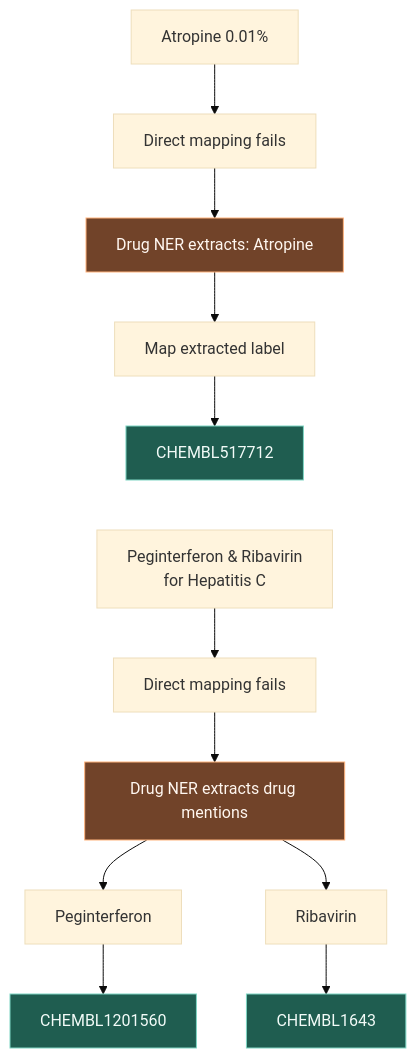
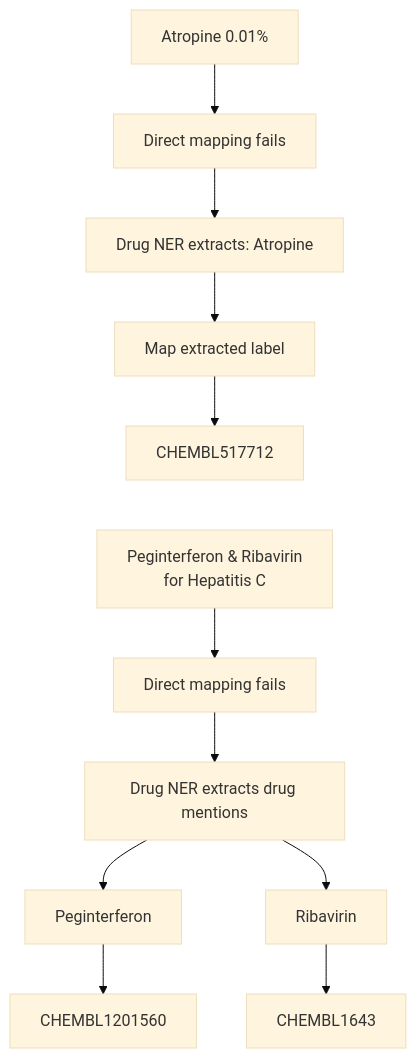
The second of 2 diagrams in docs/entity-mapping.md (opentargets/mira), drawn with Mermaid (base theme) before and after one commit. The commit also changed other lines of this file and 8 other files, not shown here.

````diff
--- a/docs/entity-mapping.md
+++ b/docs/entity-mapping.md
@@ -99,21 +96,16 @@
 ```mermaid
 flowchart TD
     A["Atropine 0.01%"] --> AFAIL["Direct mapping fails"]
     AFAIL --> ANER["Drug NER extracts: Atropine"]
     ANER --> AREMAP["Map extracted label"]
     AREMAP --> AID["CHEMBL517712"]
 
     P["Peginterferon & Ribavirin<br/>for Hepatitis C"] --> PFAIL["Direct mapping fails"]
     PFAIL --> PNER["Drug NER extracts drug mentions"]
     PNER --> PEG["Peginterferon"]
     PNER --> RIB["Ribavirin"]
     PEG --> PEGMAP["CHEMBL1201560"]
     RIB --> RIBMAP["CHEMBL1643"]
     AID ~~~ P
 
-    style ANER fill:#714329,stroke:#ffb37c,color:#fff7f0
-    style PNER fill:#714329,stroke:#ffb37c,color:#fff7f0
-    style AID fill:#1f5d50,stroke:#7ed6c4,color:#f2fbf8
-    style PEGMAP fill:#1f5d50,stroke:#7ed6c4,color:#f2fbf8
-    style RIBMAP fill:#1f5d50,stroke:#7ed6c4,color:#f2fbf8
 ```
````
